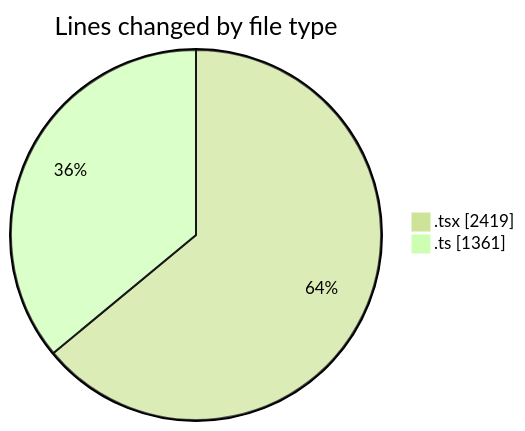
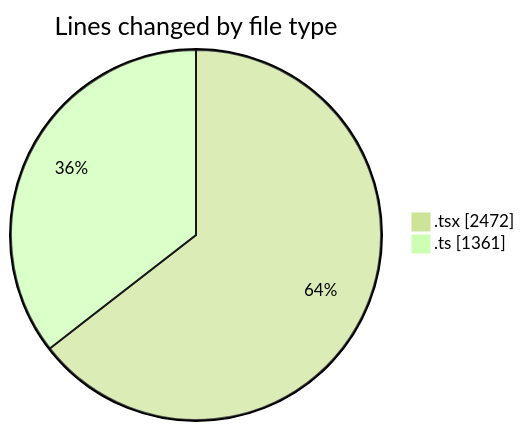
The first of 2 diagrams in 2026-03-06/nxtqube_webapp/README.md (nxtqubesakshisongat/code-tracking), drawn with Mermaid (forest theme) before and after one commit. The commit also changed other lines of this file and 1 other file, not shown here.

````diff
--- a/2026-03-06/nxtqube_webapp/README.md
+++ b/2026-03-06/nxtqube_webapp/README.md
@@ -29,6 +29,6 @@
 ```mermaid
 pie showData
 title Lines changed by file type
-".tsx" : 2419
+".tsx" : 2472
 ".ts" : 1361
 ```
````
